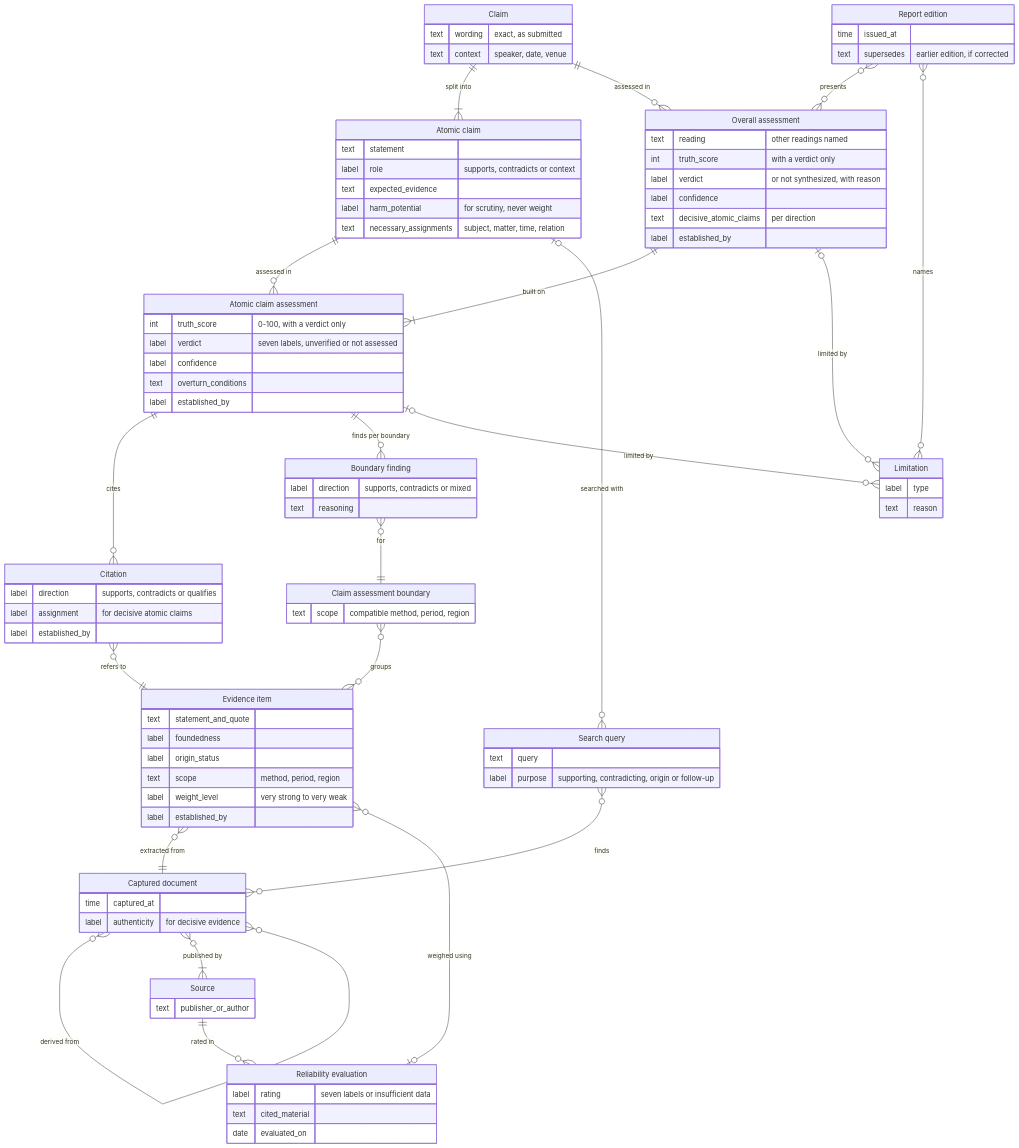
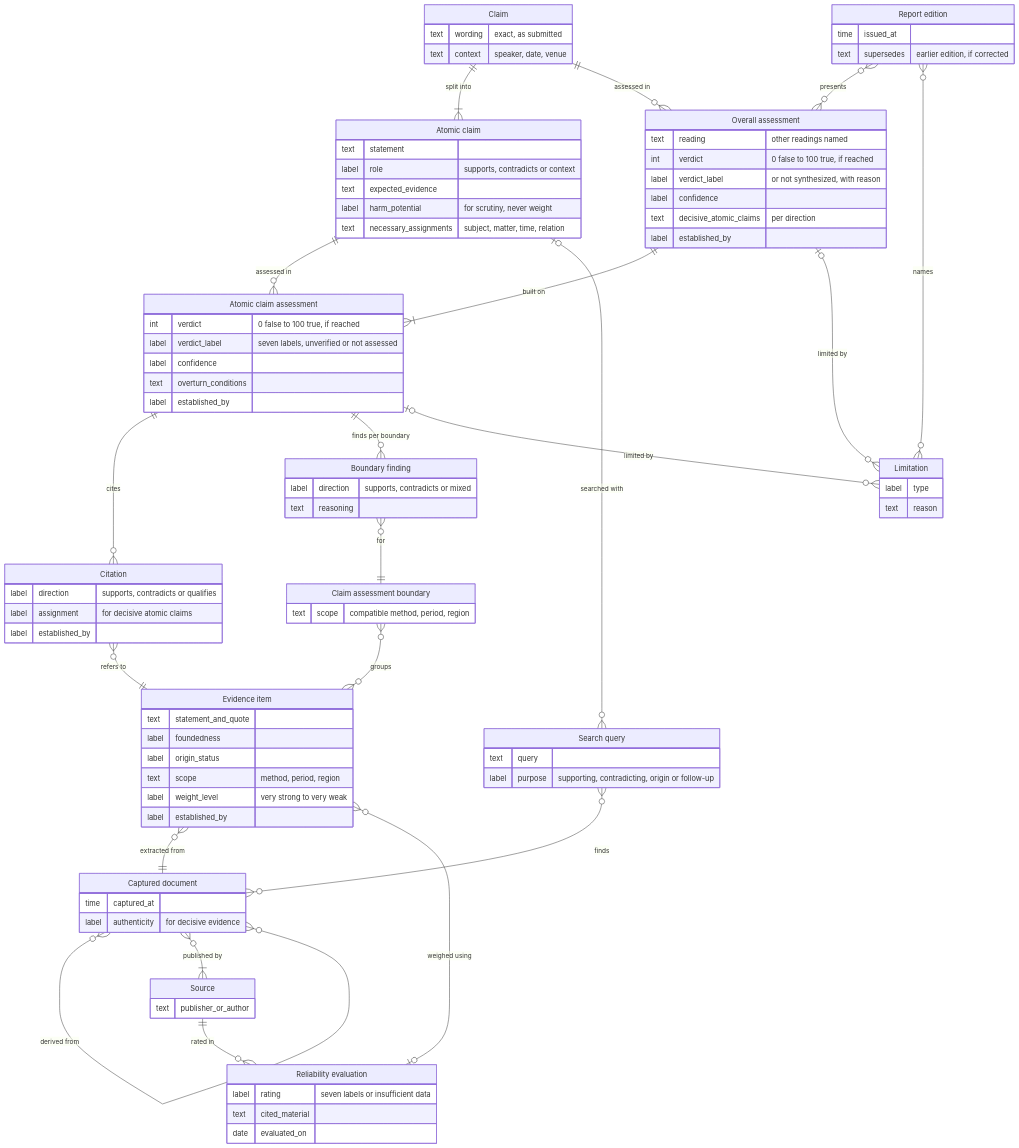
One commit to robertschaub/FactHarborDSS changed the diagram in docs/Architecture.md. Above: the diagram before and after it, drawn with Mermaid. The commit also changed 4 other files, not shown here.

```diff
--- a/docs/Architecture.md
+++ b/docs/Architecture.md
@@ -54,16 +54,16 @@
     text necessary_assignments "subject, matter, time, relation"
   }
   AtomicClaimAssessment["Atomic claim assessment"] {
-    int truth_score "0-100, with a verdict only"
-    label verdict "seven labels, unverified or not assessed"
+    int verdict "0 false to 100 true, if reached"
+    label verdict_label "seven labels, unverified or not assessed"
     label confidence
     text overturn_conditions
     label established_by
   }
   OverallAssessment["Overall assessment"] {
     text reading "other readings named"
-    int truth_score "with a verdict only"
-    label verdict "or not synthesized, with reason"
+    int verdict "0 false to 100 true, if reached"
+    label verdict_label "or not synthesized, with reason"
     label confidence
     text decisive_atomic_claims "per direction"
     label established_by
```
